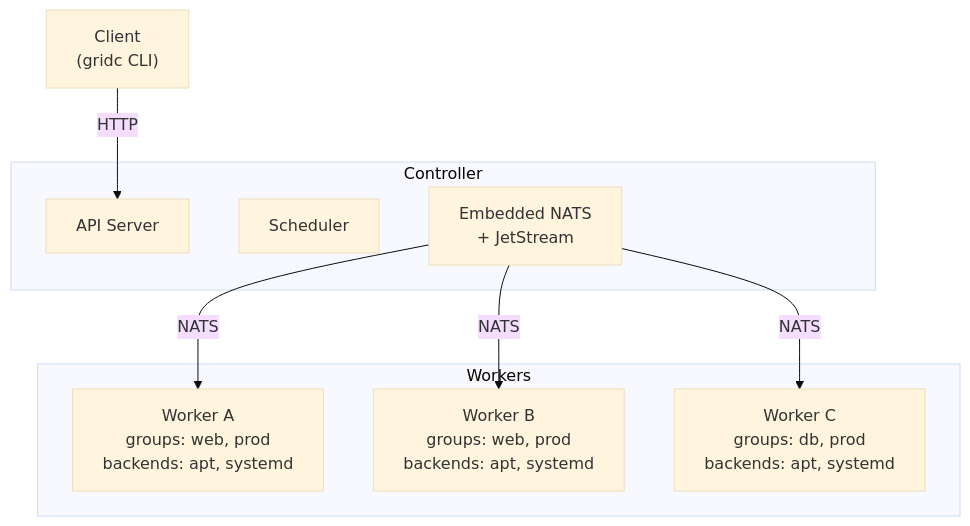
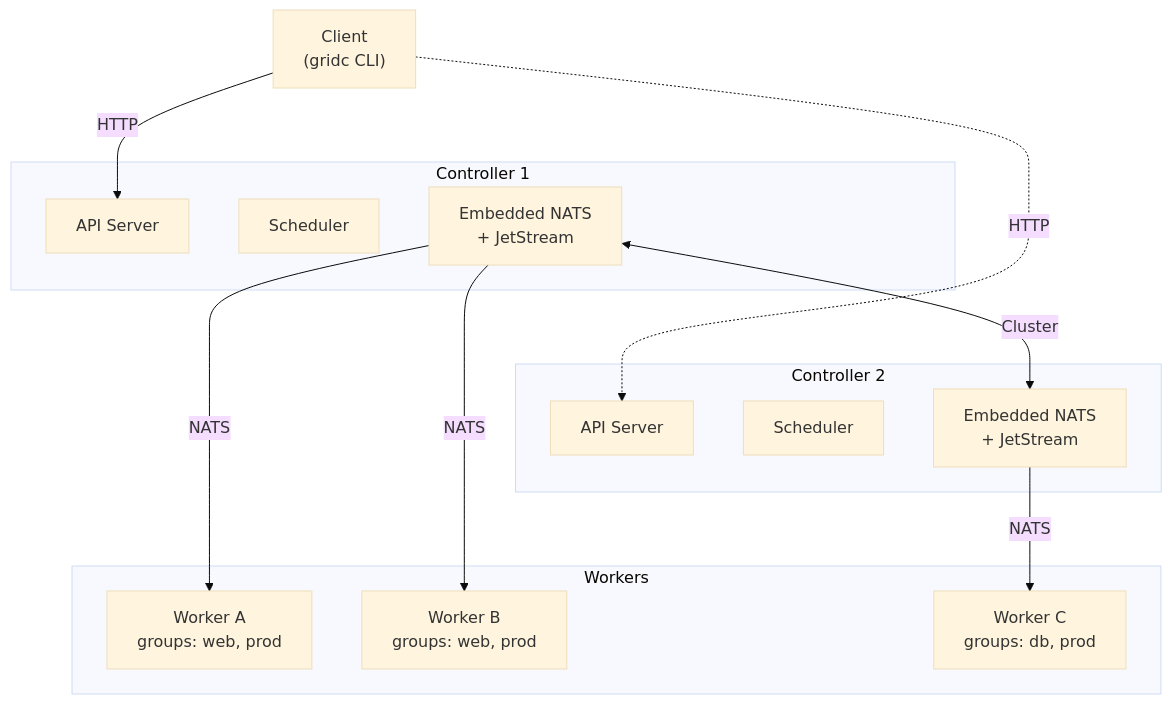
Before and after one commit to grid-org/grid: the first of 3 diagrams in README.md, drawn with Mermaid (base theme). The commit also changed other lines of this file and 12 other files, not shown here.

````diff
--- a/README.md
+++ b/README.md
@@ -22,21 +24,30 @@
 ```mermaid
 flowchart TB
-    Client["Client\n(gridc CLI)"]
+    Client["Client<br/>(gridc CLI)"]
 
-    subgraph Controller
-        API["API Server"]
-        Scheduler
-        NATS["Embedded NATS\n+ JetStream"]
+    subgraph Controller 1
+        API1["API Server"]
+        Sched1["Scheduler"]
+        NATS1["Embedded NATS<br/>+ JetStream"]
     end
 
-    subgraph Workers
-        A["Worker A\ngroups: web, prod\nbackends: apt, systemd"]
-        B["Worker B\ngroups: web, prod\nbackends: apt, systemd"]
-        C["Worker C\ngroups: db, prod\nbackends: apt, systemd"]
+    subgraph Controller 2
+        API2["API Server"]
+        Sched2["Scheduler"]
+        NATS2["Embedded NATS<br/>+ JetStream"]
     end
 
-    Client -- "HTTP" --> API
-    NATS -- "NATS" --> A
-    NATS -- "NATS" --> B
-    NATS -- "NATS" --> C
+    NATS1 <-- "Cluster" --> NATS2
+
+    subgraph Workers
+        A["Worker A<br/>groups: web, prod"]
+        B["Worker B<br/>groups: web, prod"]
+        C["Worker C<br/>groups: db, prod"]
+    end
+
+    Client -- "HTTP" --> API1
+    Client -. "HTTP" .-> API2
+    NATS1 -- "NATS" --> A
+    NATS1 -- "NATS" --> B
+    NATS2 -- "NATS" --> C
 ```
````
